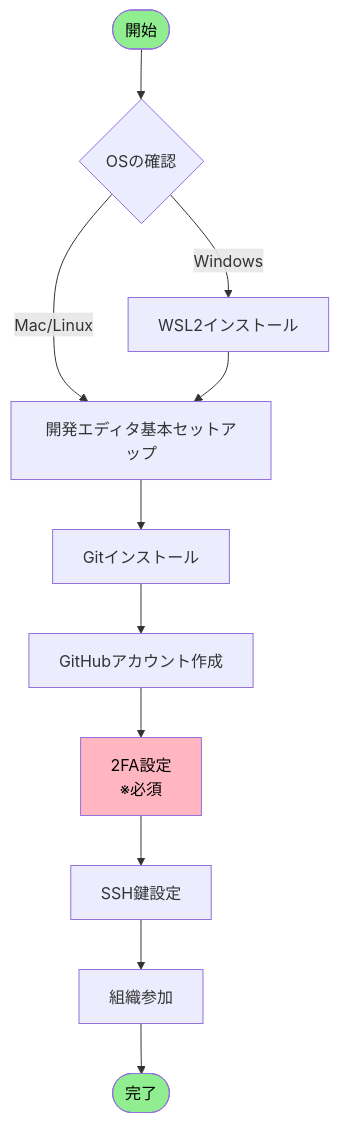
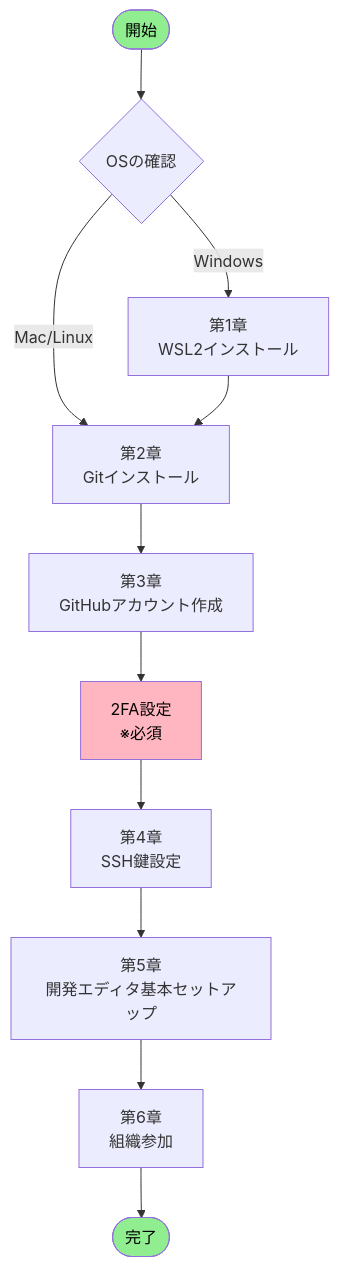
One commit to sas-com/github-guidelines changed the first of 2 diagrams in docs/onboarding/GITHUB_ENVIRONMENT_SETUP.md. Above: the diagram before and after it, drawn with Mermaid. The commit also changed other lines of this file, not shown here.

First line of the commit message:
docs(onboarding): WSL2インストール手順とUbuntu初期設定を改善

````diff
--- a/docs/onboarding/GITHUB_ENVIRONMENT_SETUP.md
+++ b/docs/onboarding/GITHUB_ENVIRONMENT_SETUP.md
@@ -89,17 +89,17 @@
 ```mermaid
 graph TB
     Start([開始]) --> OS{OSの確認}
-    OS -->|Windows| WSL[WSL2インストール]
-    OS -->|Mac/Linux| Editor[開発エディタ基本セットアップ]
-    WSL --> Editor
-    Editor --> Git[Gitインストール]
-    Git --> GitHub[GitHubアカウント作成]
+    OS -->|Windows| WSL[第1章<br/>WSL2インストール]
+    OS -->|Mac/Linux| Git[第2章<br/>Gitインストール]
+    WSL --> Git
+    Git --> GitHub[第3章<br/>GitHubアカウント作成]
     GitHub --> TwoFA[2FA設定<br/>※必須]
-    TwoFA --> SSH[SSH鍵設定]
-    SSH --> Org[組織参加]
+    TwoFA --> SSH[第4章<br/>SSH鍵設定]
+    SSH --> Editor[第5章<br/>開発エディタ基本セットアップ]
+    Editor --> Org[第6章<br/>組織参加]
     Org --> Complete([完了])
 
     style Start fill:#90EE90,color:#000
     style Complete fill:#90EE90,color:#000
     style TwoFA fill:#FFB6C1,color:#000
 ```
````
